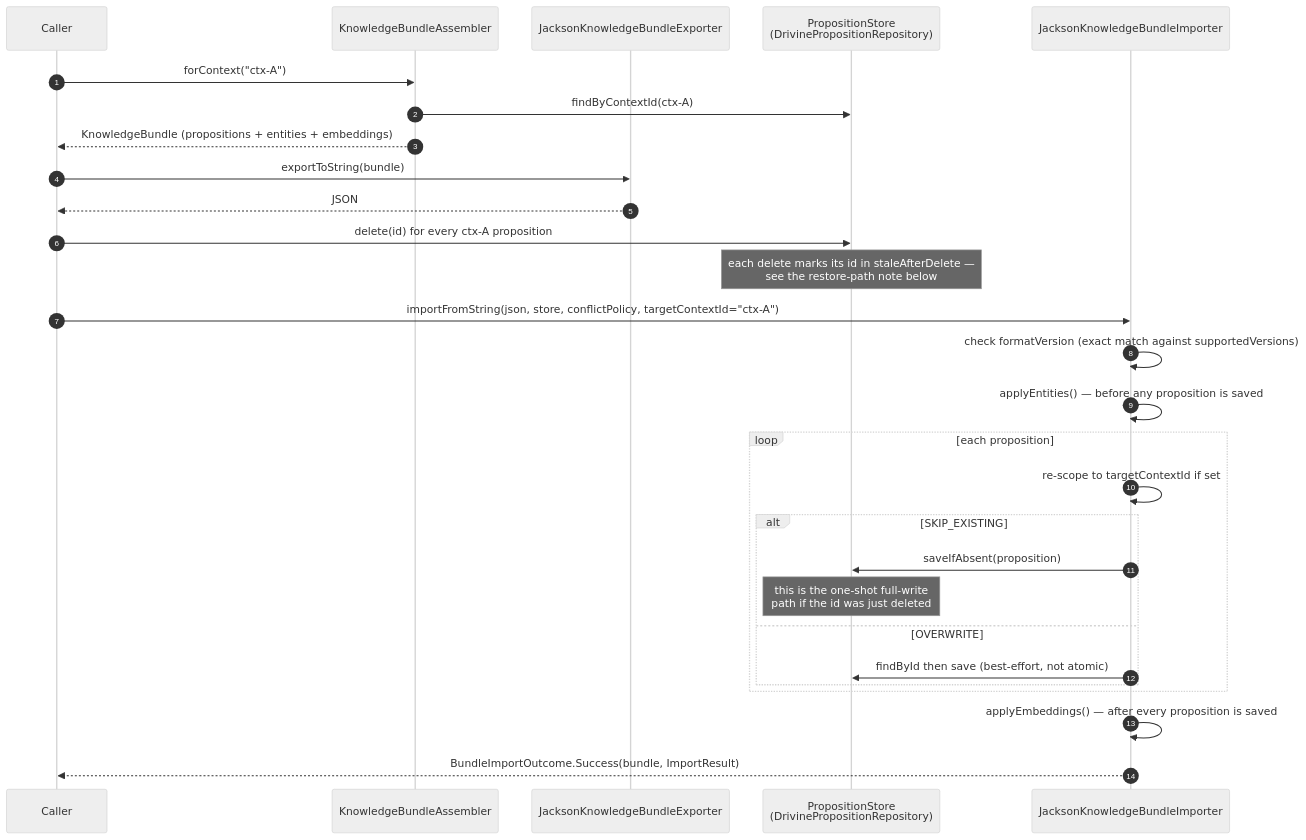
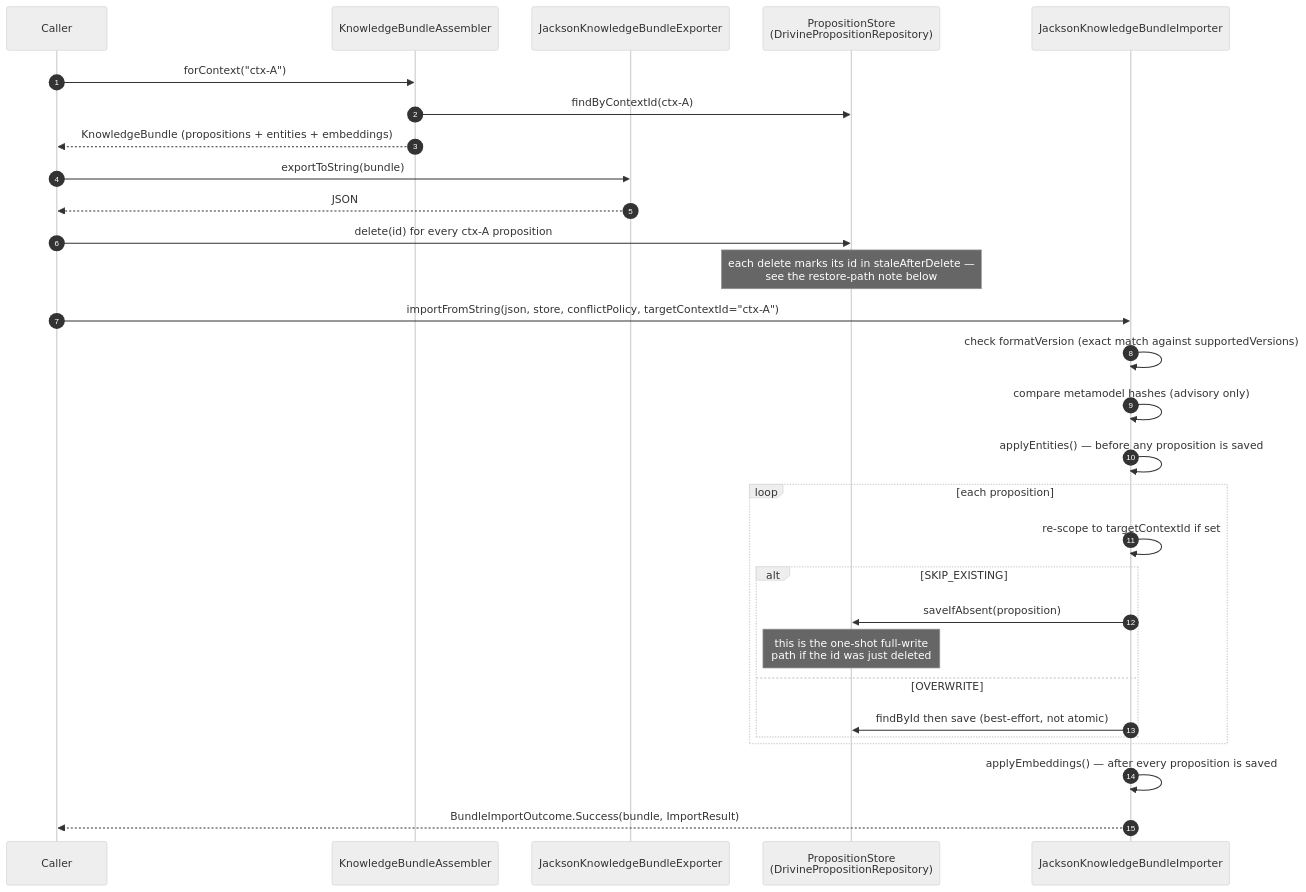
One commit to embabel/dice changed the second of 2 diagrams in docs/design/knowledge-bundles.md. Above: the diagram before and after it, drawn with Mermaid (neutral theme). The commit also changed other lines of this file and 12 other files, not shown here.

````diff
--- a/docs/design/knowledge-bundles.md
+++ b/docs/design/knowledge-bundles.md
@@ -49,33 +54,34 @@
 ```mermaid
 sequenceDiagram
     autonumber
     participant Caller
     participant Assembler as KnowledgeBundleAssembler
     participant Exporter as JacksonKnowledgeBundleExporter
     participant Store as PropositionStore<br/>(DrivinePropositionRepository)
     participant Importer as JacksonKnowledgeBundleImporter
 
     Caller->>Assembler: forContext("ctx-A")
     Assembler->>Store: findByContextId(ctx-A)
     Assembler-->>Caller: KnowledgeBundle (propositions + entities + embeddings)
     Caller->>Exporter: exportToString(bundle)
     Exporter-->>Caller: JSON
 
     Caller->>Store: delete(id) for every ctx-A proposition
     Note over Store: each delete marks its id in staleAfterDelete —<br/>see the restore-path note below
 
     Caller->>Importer: importFromString(json, store, conflictPolicy, targetContextId="ctx-A")
     Importer->>Importer: check formatVersion (exact match against supportedVersions)
+    Importer->>Importer: compare metamodel hashes (advisory only)
     Importer->>Importer: applyEntities() — before any proposition is saved
     loop each proposition
         Importer->>Importer: re-scope to targetContextId if set
         alt SKIP_EXISTING
             Importer->>Store: saveIfAbsent(proposition)
             Note over Store: this is the one-shot full-write<br/>path if the id was just deleted
         else OVERWRITE
             Importer->>Store: findById then save (best-effort, not atomic)
         end
     end
     Importer->>Importer: applyEmbeddings() — after every proposition is saved
     Importer-->>Caller: BundleImportOutcome.Success(bundle, ImportResult)
 ```
````
